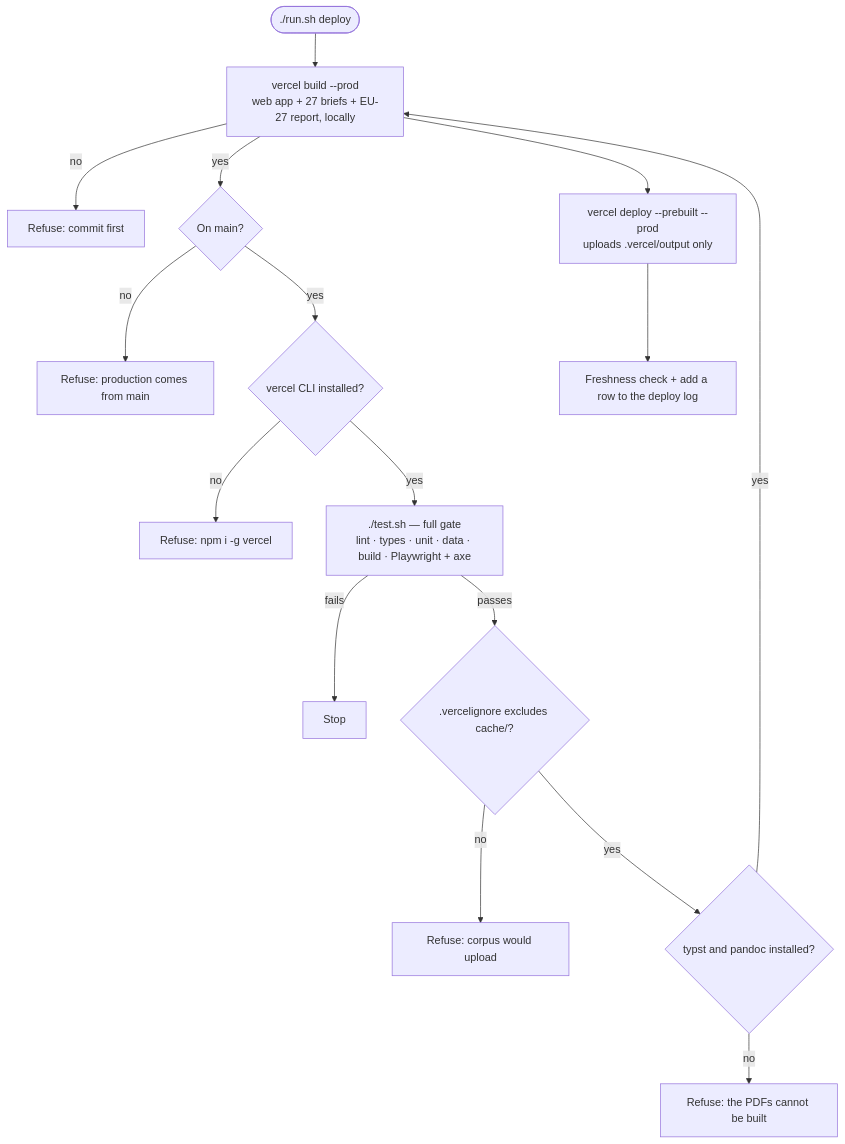
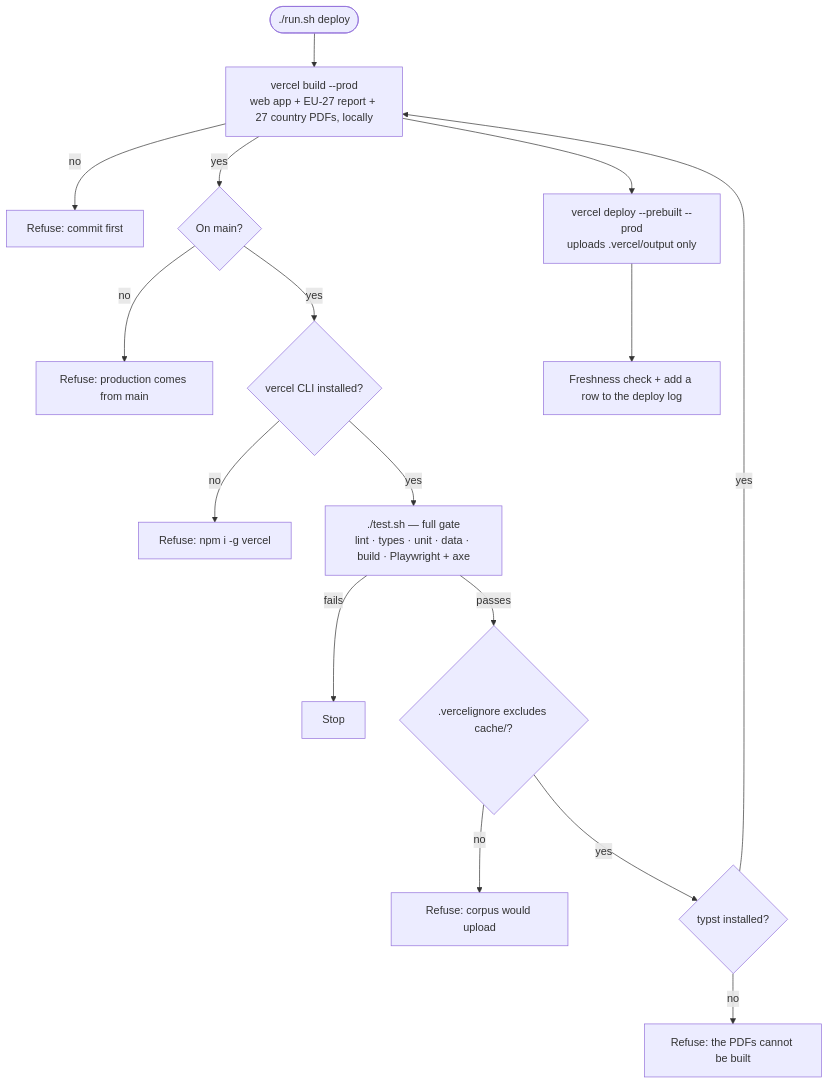
The diagram in DEPLOYMENT.md (EU27-data-sovereignty/eu27-data-sovereignty), drawn with Mermaid before and after one commit. The commit also changed other lines of this file and 286 other files, not shown here.

````diff
--- a/DEPLOYMENT.md
+++ b/DEPLOYMENT.md
@@ -42,18 +42,18 @@
 ```mermaid
 flowchart TD
     A([./run.sh deploy]) --> B{Working tree clean?}
     B -- no --> X1[Refuse: commit first]
     B -- yes --> C{On main?}
     C -- no --> X2[Refuse: production comes from main]
     C -- yes --> D{vercel CLI installed?}
     D -- no --> X3[Refuse: npm i -g vercel]
     D -- yes --> E["./test.sh — full gate<br/>lint · types · unit · data · build · Playwright + axe"]
     E -- fails --> X4[Stop]
     E -- passes --> F{".vercelignore excludes cache/?"}
     F -- no --> X5[Refuse: corpus would upload]
-    F -- yes --> T{"typst and pandoc installed?"}
+    F -- yes --> T{"typst installed?"}
     T -- no --> X6[Refuse: the PDFs cannot be built]
-    T -- yes --> B["vercel build --prod<br/>web app + 27 briefs + EU-27 report, locally"]
+    T -- yes --> B["vercel build --prod<br/>web app + EU-27 report + 27 country PDFs, locally"]
     B --> G["vercel deploy --prebuilt --prod<br/>uploads .vercel/output only"]
     G --> H[Freshness check + add a row to the deploy log]
 ```
````
